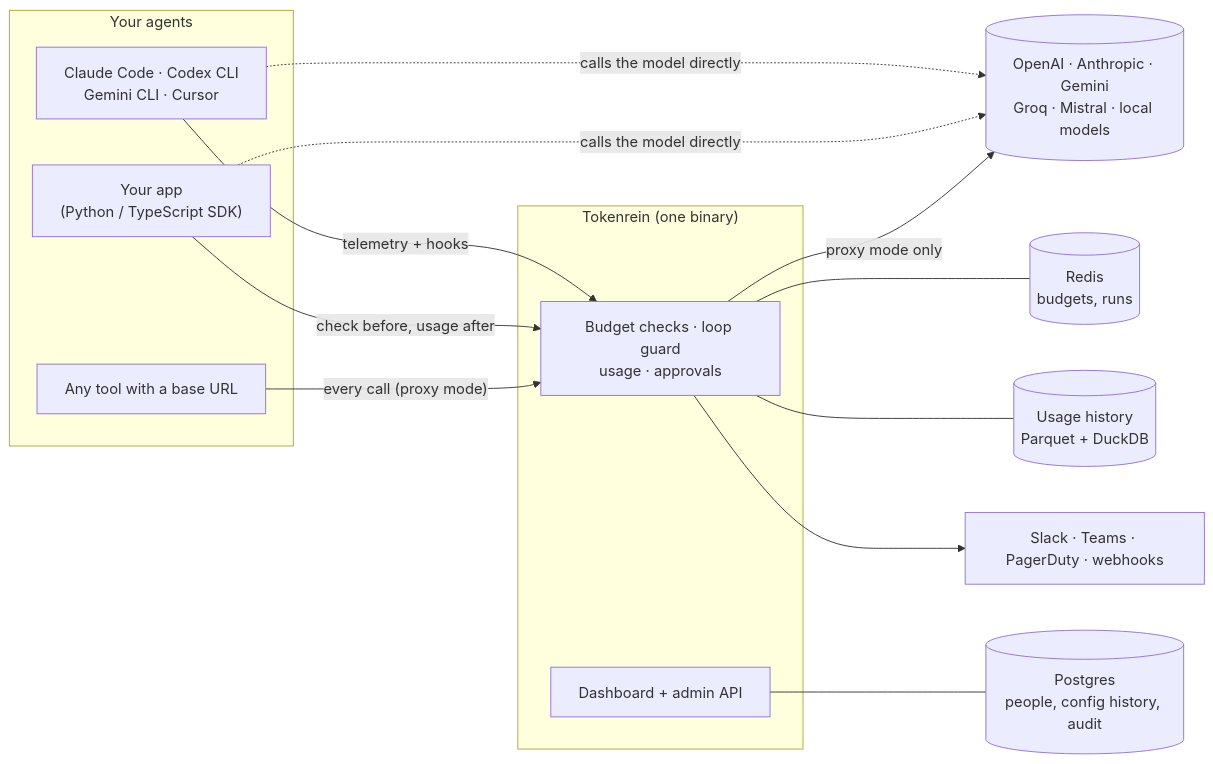
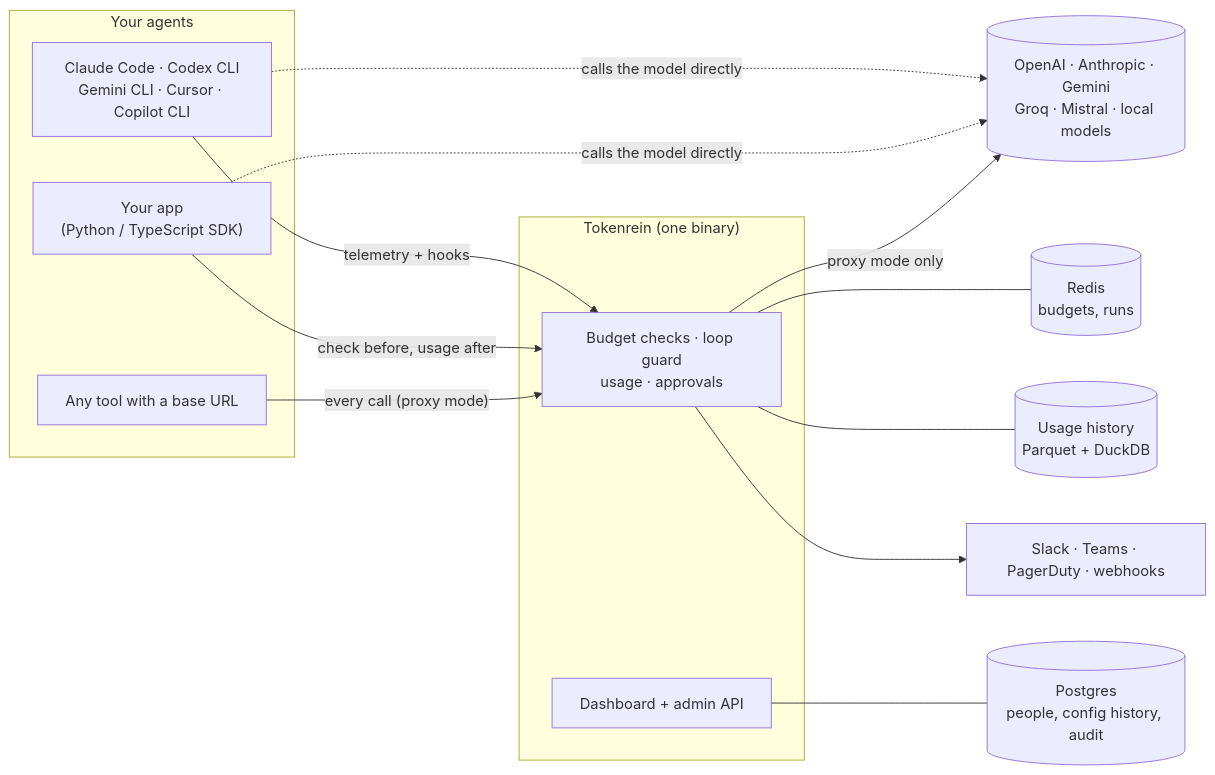
The first of 2 diagrams in README.md (tokenrein/tokenrein), drawn with Mermaid before and after one commit. The commit also changed other lines of this file and 14 other files, not shown here.

First line of the commit message:
Add a GitHub Copilot CLI connector

````diff
--- a/README.md
+++ b/README.md
@@ -25,28 +25,28 @@
 ```mermaid
 flowchart LR
   subgraph agents["Your agents"]
-    cc["Claude Code · Codex CLI<br/>Gemini CLI · Cursor"]
+    cc["Claude Code · Codex CLI<br/>Gemini CLI · Cursor · Copilot CLI"]
     app["Your app<br/>(Python / TypeScript SDK)"]
     tool["Any tool with a base URL"]
   end
   llm[("OpenAI · Anthropic · Gemini<br/>Groq · Mistral · local models")]
   subgraph tr["Tokenrein (one binary)"]
     gate["Budget checks · loop guard<br/>usage · approvals"]
     dash["Dashboard + admin API"]
   end
   redis[("Redis<br/>budgets, runs")]
   pg[("Postgres<br/>people, config history, audit")]
   hist[("Usage history<br/>Parquet + DuckDB")]
   out["Slack · Teams · PagerDuty · webhooks"]
 
   cc -- "telemetry + hooks" --> gate
   app -- "check before, usage after" --> gate
   cc -. "calls the model directly" .-> llm
   app -. "calls the model directly" .-> llm
   tool -- "every call (proxy mode)" --> gate
   gate -- "proxy mode only" --> llm
   gate --- redis
   gate --- hist
   dash --- pg
   gate --> out
 ```
````
